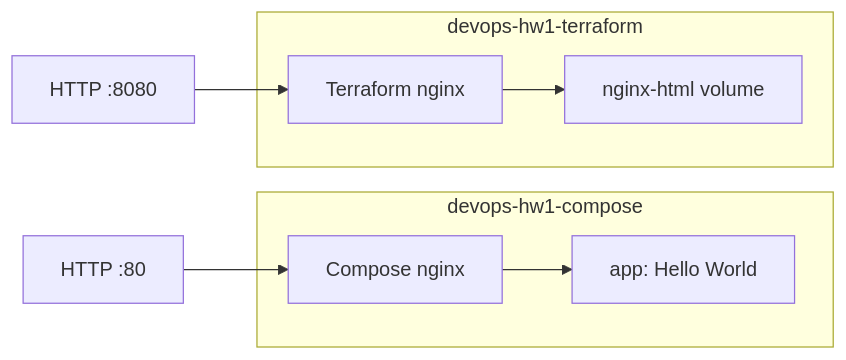
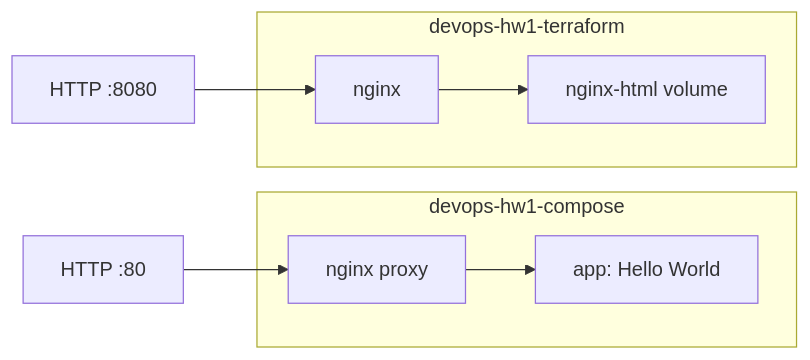
One commit to jaruccky/devops-homework changed the diagram in README.md. Above: the diagram before and after it, drawn with Mermaid. The commit also changed other lines of this file and 1 other file, not shown here.

````diff
--- a/README.md
+++ b/README.md
@@ -45,11 +13,11 @@
 ```mermaid
 flowchart LR
-    HTTP80["HTTP :80"] --> Proxy["Compose nginx"]
+    HTTP80["HTTP :80"] --> Proxy
     subgraph compose["devops-hw1-compose"]
-      Proxy --> App["app: Hello World"]
+      Proxy["nginx proxy"] --> App["app: Hello World"]
     end
     HTTP8080["HTTP :8080"] --> Nginx
     subgraph terraform["devops-hw1-terraform"]
-      Nginx["Terraform nginx"] --> Volume["nginx-html volume"]
+      Nginx["nginx"] --> Volume["nginx-html volume"]
     end
 ```
````
